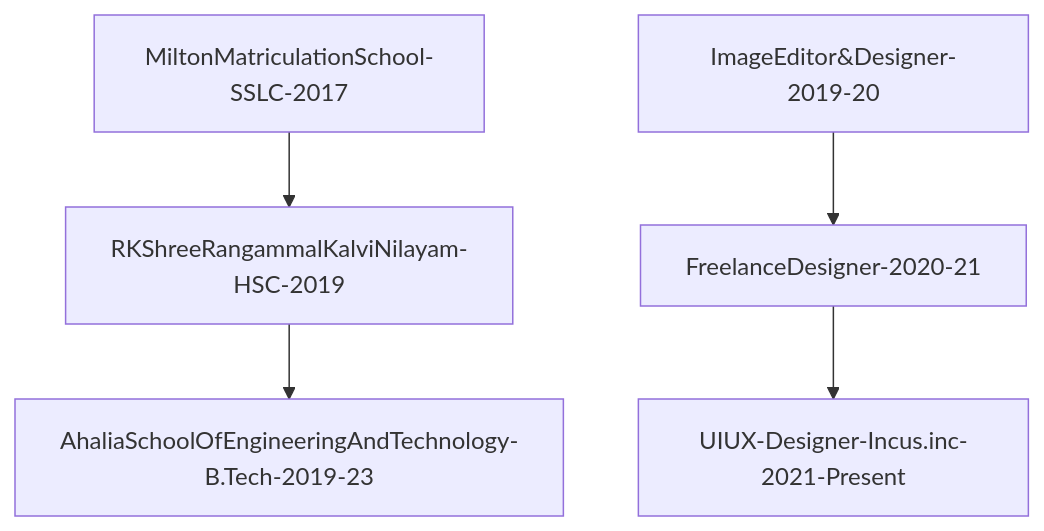
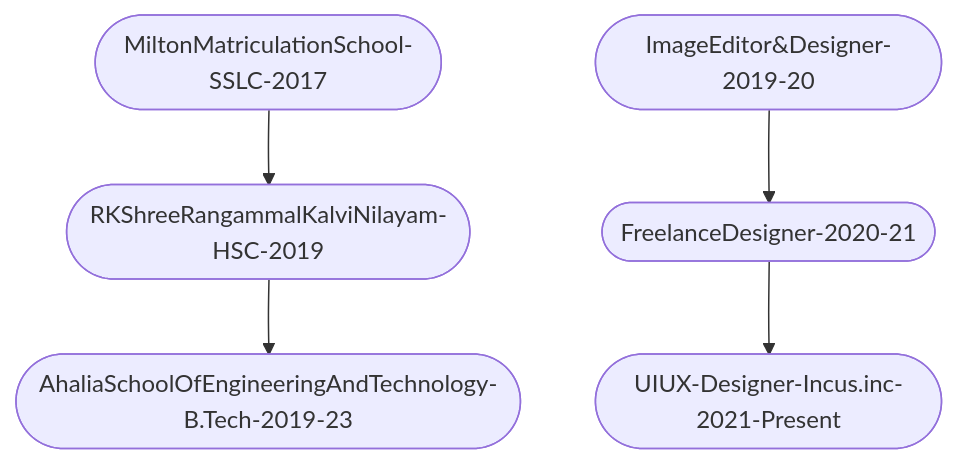
One commit to hariprasd/hariprasd changed the diagram in README.md. Above: the diagram before and after it, drawn with Mermaid.

````diff
--- a/README.md
+++ b/README.md
@@ -33,7 +33,7 @@
 ```mermaid
 graph TD;
-    MiltonMatriculationSchool-SSLC-2017-->RKShreeRangammalKalviNilayam-HSC-2019;
-    RKShreeRangammalKalviNilayam-HSC-2019-->AhaliaSchoolOfEngineeringAndTechnology-B.Tech-2019-23;
-    ImageEditor&Designer-2019-20-->FreelanceDesigner-2020-21;
-    FreelanceDesigner-2020-21-->UIUX-Designer-Incus.inc-2021-Present;
+    A([MiltonMatriculationSchool-SSLC-2017])-->B([RKShreeRangammalKalviNilayam-HSC-2019]);
+    B([RKShreeRangammalKalviNilayam-HSC-2019])-->C([AhaliaSchoolOfEngineeringAndTechnology-B.Tech-2019-23]);
+    D([ImageEditor&Designer-2019-20])-->E([FreelanceDesigner-2020-21]);
+    E([FreelanceDesigner-2020-21])-->F([UIUX-Designer-Incus.inc-2021-Present]);
 ```
````
